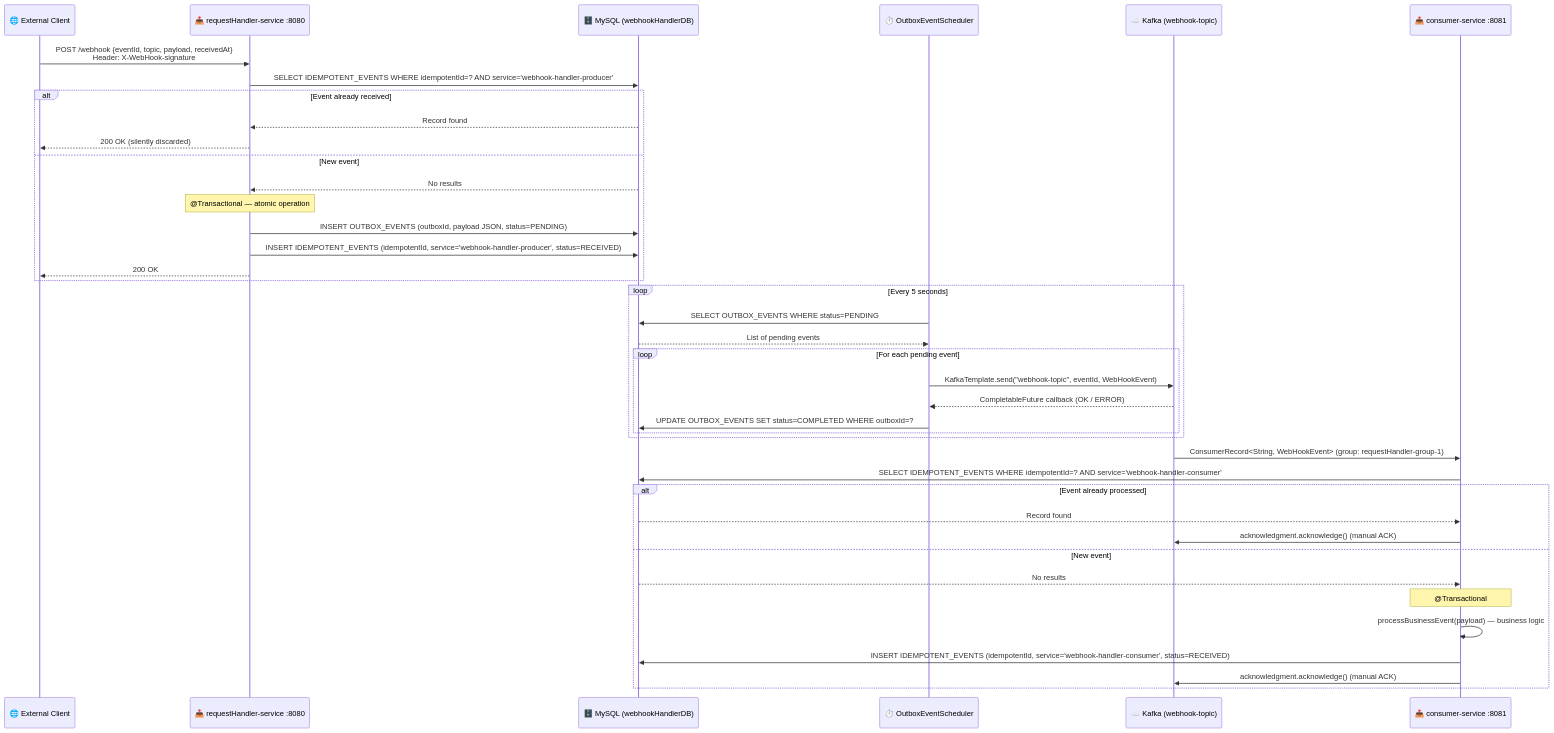
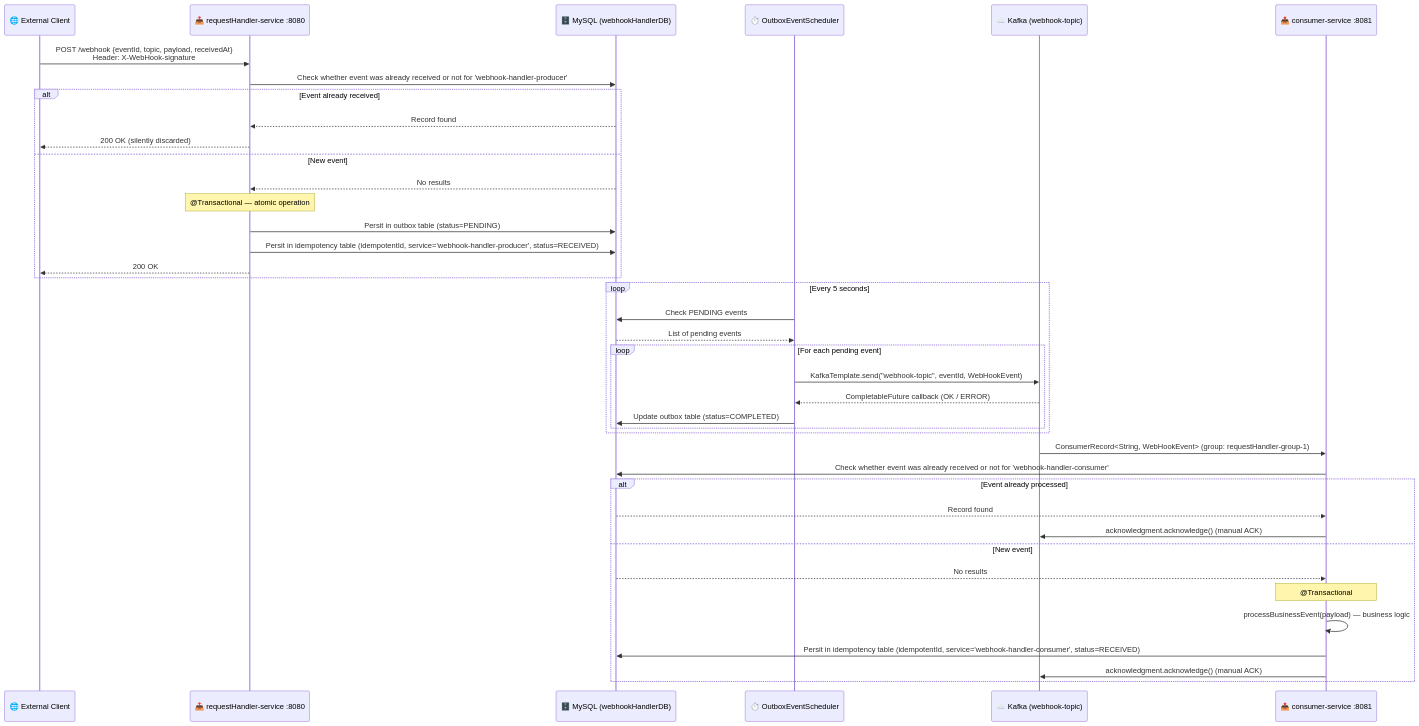
One commit to vicfuen02/webhook-handler-service changed the second of 3 diagrams in README.md. Above: the diagram before and after it, drawn with Mermaid. The commit also changed other lines of this file, not shown here.

````diff
--- a/README.md
+++ b/README.md
@@ -299,46 +120,47 @@
 ```mermaid
 sequenceDiagram
     participant Client as 🌐 External Client
     participant RH as 📥 requestHandler-service :8080
     participant DB as 🗄️ MySQL (webhookHandlerDB)
     participant SCHED as ⏱️ OutboxEventScheduler
     participant Kafka as ☁️ Kafka (webhook-topic)
     participant CS as 📤 consumer-service :8081
 
     Client->>RH: POST /webhook {eventId, topic, payload, receivedAt}<br/>Header: X-WebHook-signature
 
-    RH->>DB: SELECT IDEMPOTENT_EVENTS WHERE idempotentId=? AND service='webhook-handler-producer'
+    RH->>DB: Check whether event was already received or not for 'webhook-handler-producer'
     alt Event already received
         DB-->>RH: Record found
         RH-->>Client: 200 OK (silently discarded)
     else New event
         DB-->>RH: No results
         Note over RH: @Transactional — atomic operation
-        RH->>DB: INSERT OUTBOX_EVENTS (outboxId, payload JSON, status=PENDING)
-        RH->>DB: INSERT IDEMPOTENT_EVENTS (idempotentId, service='webhook-handler-producer', status=RECEIVED)
+        RH->>DB: Persit in outbox table (status=PENDING)
+        RH->>DB: Persit in idempotency table (idempotentId, service='webhook-handler-producer', status=RECEIVED)
         RH-->>Client: 200 OK
     end
 
     loop Every 5 seconds
-        SCHED->>DB: SELECT OUTBOX_EVENTS WHERE status=PENDING
+        SCHED->>DB: Check PENDING events
         DB-->>SCHED: List of pending events
         loop For each pending event
             SCHED->>Kafka: KafkaTemplate.send("webhook-topic", eventId, WebHookEvent)
             Kafka-->>SCHED: CompletableFuture callback (OK / ERROR)
-            SCHED->>DB: UPDATE OUTBOX_EVENTS SET status=COMPLETED WHERE outboxId=?
+            SCHED->>DB: Update outbox table (status=COMPLETED)
         end
     end
 
     Kafka->>CS: ConsumerRecord<String, WebHookEvent> (group: requestHandler-group-1)
-    CS->>DB: SELECT IDEMPOTENT_EVENTS WHERE idempotentId=? AND service='webhook-handler-consumer'
+    CS->>DB: Check whether event was already received or not for 'webhook-handler-consumer'
     alt Event already processed
         DB-->>CS: Record found
         CS->>Kafka: acknowledgment.acknowledge() (manual ACK)
     else New event
         DB-->>CS: No results
         Note over CS: @Transactional
         CS->>CS: processBusinessEvent(payload) — business logic
-        CS->>DB: INSERT IDEMPOTENT_EVENTS (idempotentId, service='webhook-handler-consumer', status=RECEIVED)
+        CS->>DB: Persit in idempotency table (idempotentId, service='webhook-handler-consumer', status=RECEIVED)
         CS->>Kafka: acknowledgment.acknowledge() (manual ACK)
     end
+
 ```
````
